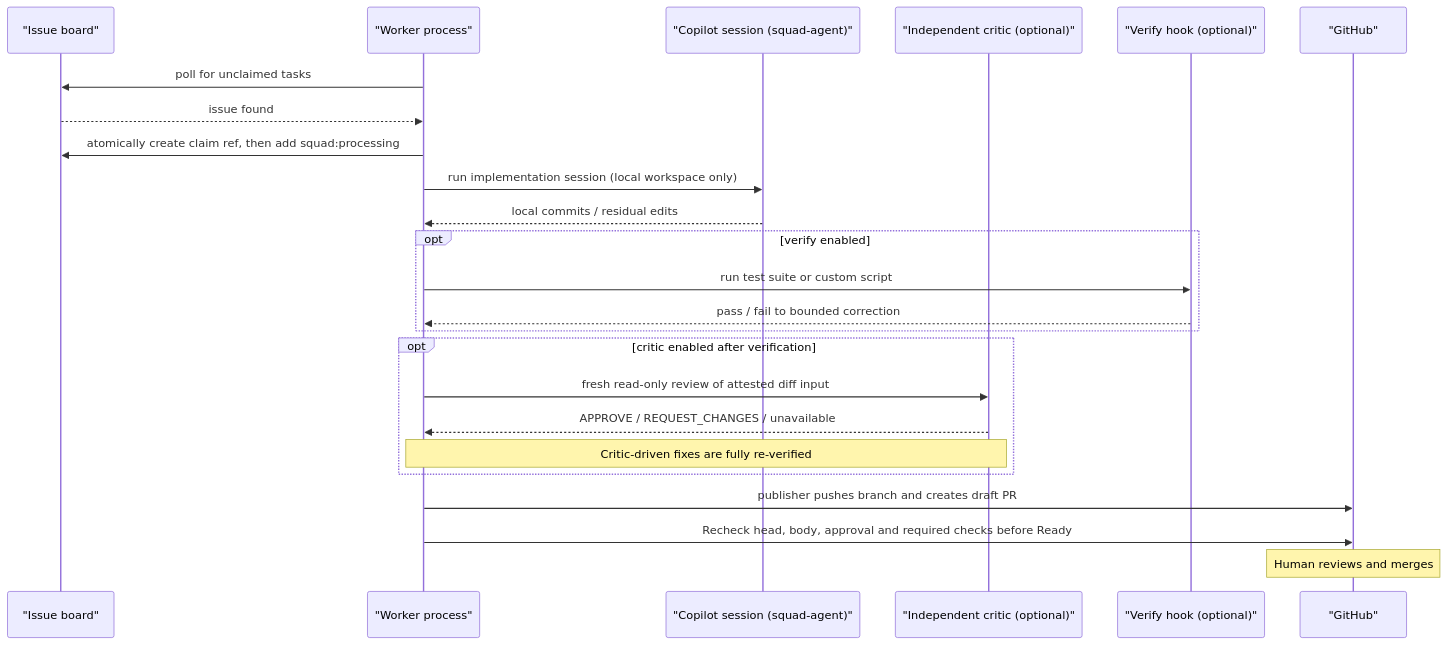
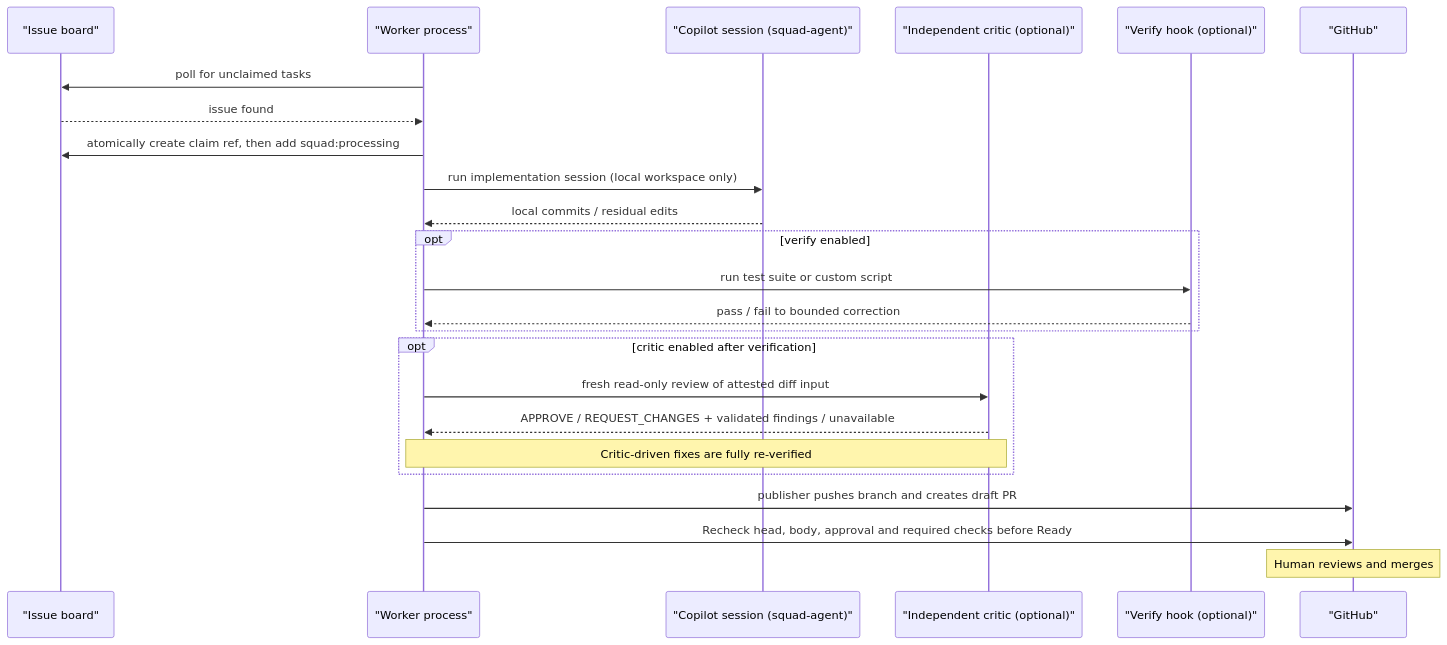
The second of 11 diagrams in README.md (timoknapp/Hangar), drawn with Mermaid before and after one commit. The commit also changed other lines of this file and 12 other files, not shown here.

First line of the commit message:
feat: structured critic findings with fixed severities, review memory and manual correction budget

````diff
--- a/README.md
+++ b/README.md
@@ -237,27 +237,27 @@
 ```mermaid
 sequenceDiagram
     participant Board  as "Issue board"
     participant Worker as "Worker process"
     participant Impl   as "Copilot session (squad-agent)"
     participant Critic as "Independent critic (optional)"
     participant Verify as "Verify hook (optional)"
     participant GH     as "GitHub"
 
     Worker->>Board: poll for unclaimed tasks
     Board-->>Worker: issue found
     Worker->>Board: atomically create claim ref, then add squad:processing
     Worker->>Impl: run implementation session (local workspace only)
     Impl-->>Worker: local commits / residual edits
     opt verify enabled
         Worker->>Verify: run test suite or custom script
         Verify-->>Worker: pass / fail to bounded correction
     end
     opt critic enabled after verification
         Worker->>Critic: fresh read-only review of attested diff input
-        Critic-->>Worker: APPROVE / REQUEST_CHANGES / unavailable
+        Critic-->>Worker: APPROVE / REQUEST_CHANGES + validated findings / unavailable
         Note over Worker,Critic: Critic-driven fixes are fully re-verified
     end
     Worker->>GH: publisher pushes branch and creates draft PR
     Worker->>GH: Recheck head, body, approval and required checks before Ready
     Note over GH: Human reviews and merges
 ```
````
